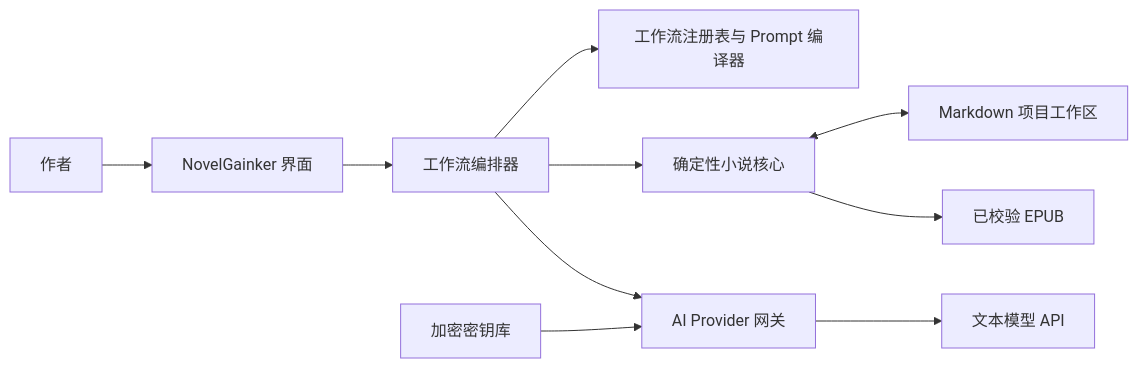
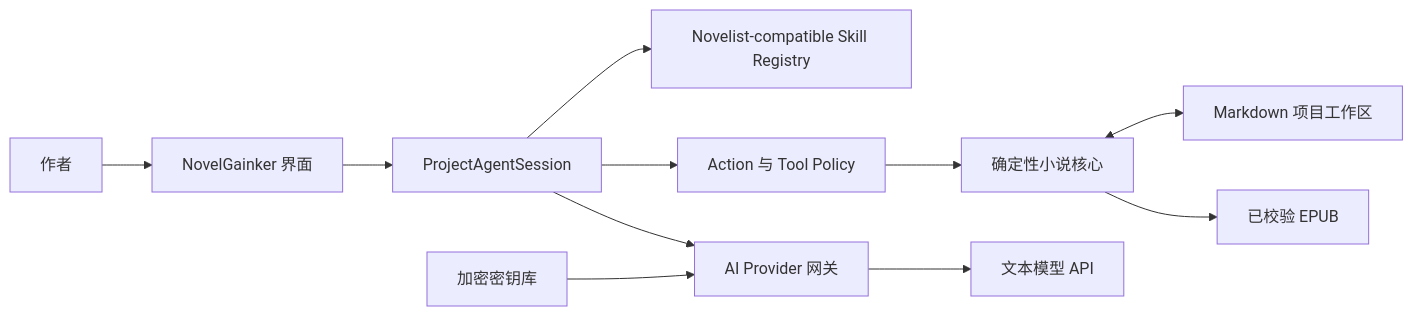
One commit to Leonherb/NovelGainker changed the first of 2 diagrams in docs/architecture.zh-CN.md. Above: the diagram before and after it, drawn with Mermaid. The commit also changed other lines of this file and 151 other files, not shown here.

````diff
--- a/docs/architecture.zh-CN.md
+++ b/docs/architecture.zh-CN.md
@@ -88,12 +93,13 @@
 ```mermaid
 flowchart LR
     Author[作者] --> UI[NovelGainker 界面]
-    UI --> Orchestrator[工作流编排器]
-    Orchestrator --> Workflows[工作流注册表与 Prompt 编译器]
-    Orchestrator --> Core[确定性小说核心]
-    Orchestrator --> Providers[AI Provider 网关]
+    UI --> Agent[ProjectAgentSession]
+    Agent --> Skills[Novelist-compatible Skill Registry]
+    Agent --> Policy[Action 与 Tool Policy]
+    Policy --> Core[确定性小说核心]
+    Agent --> Providers[AI Provider 网关]
     Core <--> Workspace[Markdown 项目工作区]
     Providers --> TextAPIs[文本模型 API]
     Core --> EPUB[已校验 EPUB]
     Secrets[加密密钥库] --> Providers
 ```
````
